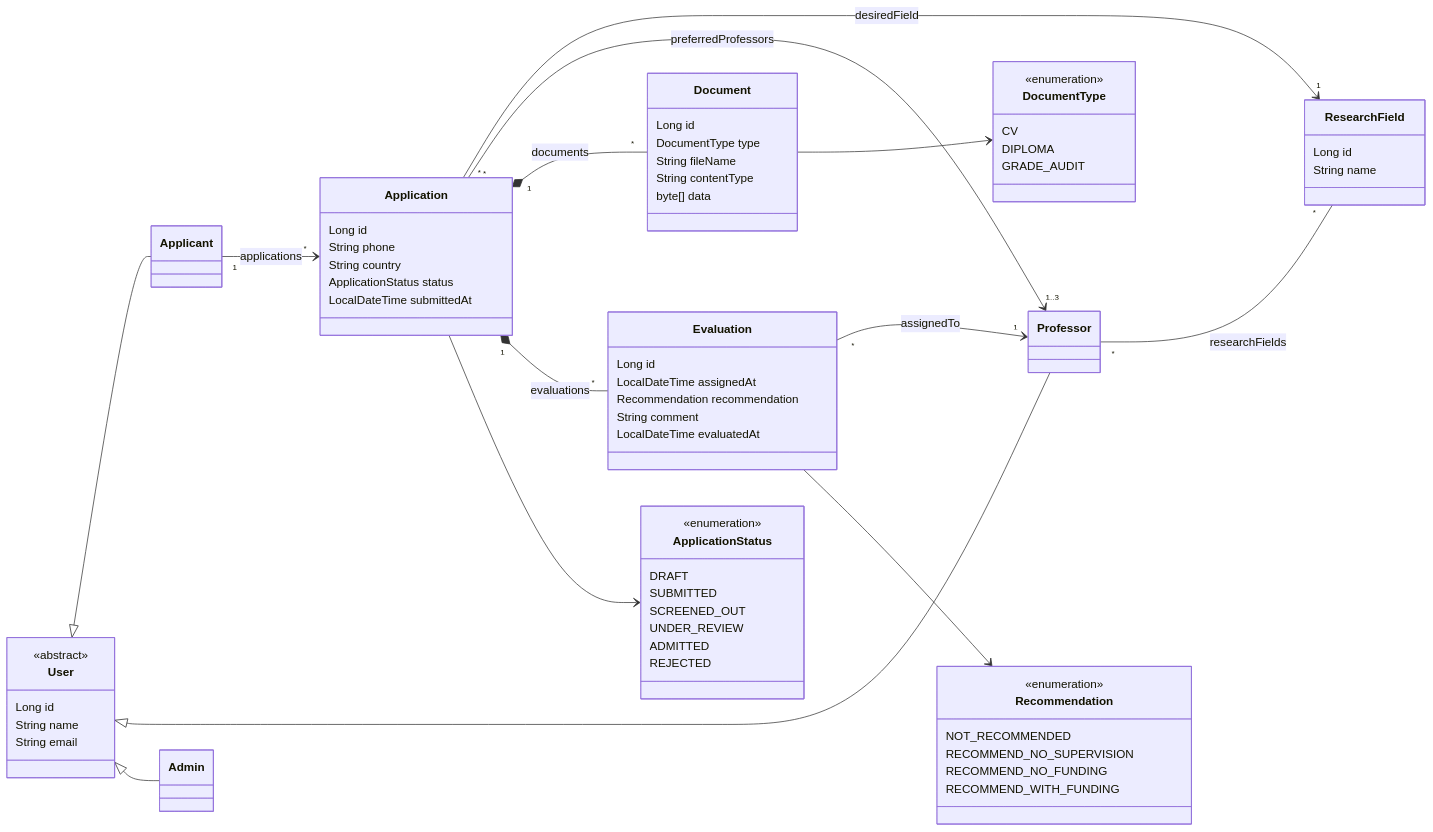
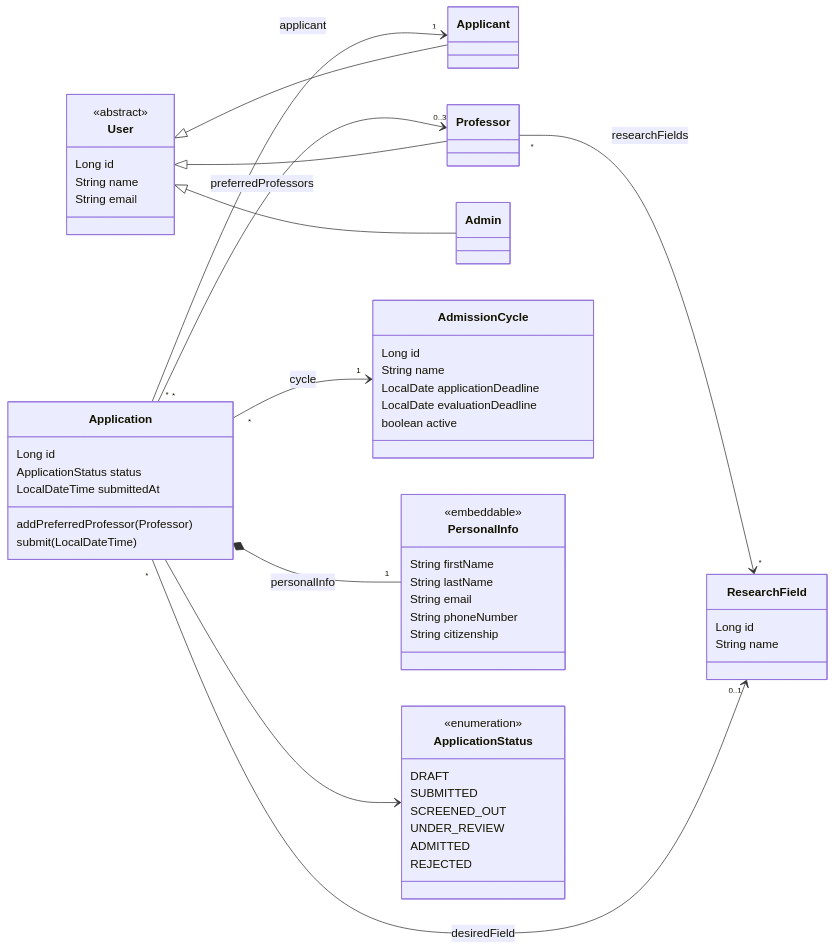
Before and after one commit to sanil04/Graduate-Admissions-Management-System: the first of 3 diagrams in README.MD, drawn with Mermaid. The commit also changed other lines of this file and 1 other file, not shown here.

Commit message:
docs: move UML and schema updates into README.MD

````diff
--- a/README.MD
+++ b/README.MD
@@ -77,81 +77,66 @@
 ```mermaid
 classDiagram
     direction LR
 
     class User {
         <<abstract>>
         Long id
         String name
         String email
     }
     class Applicant
     class Professor
     class Admin
 
     User <|-- Applicant
     User <|-- Professor
     User <|-- Admin
 
     class ResearchField {
         Long id
         String name
     }
 
+    class AdmissionCycle {
+        Long id
+        String name
+        LocalDate applicationDeadline
+        LocalDate evaluationDeadline
+        boolean active
+    }
+
     class Application {
         Long id
-        String phone
-        String country
         ApplicationStatus status
         LocalDateTime submittedAt
+        addPreferredProfessor(Professor)
+        submit(LocalDateTime)
     }
 
-    class Document {
-        Long id
-        DocumentType type
-        String fileName
-        String contentType
-        byte[] data
-    }
-
-    class Evaluation {
-        Long id
-        LocalDateTime assignedAt
-        Recommendation recommendation
-        String comment
-        LocalDateTime evaluatedAt
+    class PersonalInfo {
+        <<embeddable>>
+        String firstName
+        String lastName
+        String email
+        String phoneNumber
+        String citizenship
     }
 
     class ApplicationStatus {
         <<enumeration>>
         DRAFT
         SUBMITTED
         SCREENED_OUT
         UNDER_REVIEW
         ADMITTED
         REJECTED
     }
-    class DocumentType {
-        <<enumeration>>
-        CV
-        DIPLOMA
-        GRADE_AUDIT
-    }
-    class Recommendation {
-        <<enumeration>>
-        NOT_RECOMMENDED
-        RECOMMEND_NO_SUPERVISION
-        RECOMMEND_NO_FUNDING
-        RECOMMEND_WITH_FUNDING
-    }
 
-    Applicant "1" --> "*" Application : applications
-    Application "*" --> "1" ResearchField : desiredField
-    Application "*" --> "1..3" Professor : preferredProfessors
-    Professor "*" -- "*" ResearchField : researchFields
-    Application "1" *-- "*" Document : documents
-    Application "1" *-- "*" Evaluation : evaluations
-    Evaluation "*" --> "1" Professor : assignedTo
+    Application "*" --> "1" Applicant : applicant
+    Application "*" --> "1" AdmissionCycle : cycle
+    Application *-- "1" PersonalInfo : personalInfo
+    Application "*" --> "0..1" ResearchField : desiredField
+    Application "*" --> "0..3" Professor : preferredProfessors
+    Professor "*" --> "*" ResearchField : researchFields
     Application --> ApplicationStatus
-    Document --> DocumentType
-    Evaluation --> Recommendation
 ```
````
